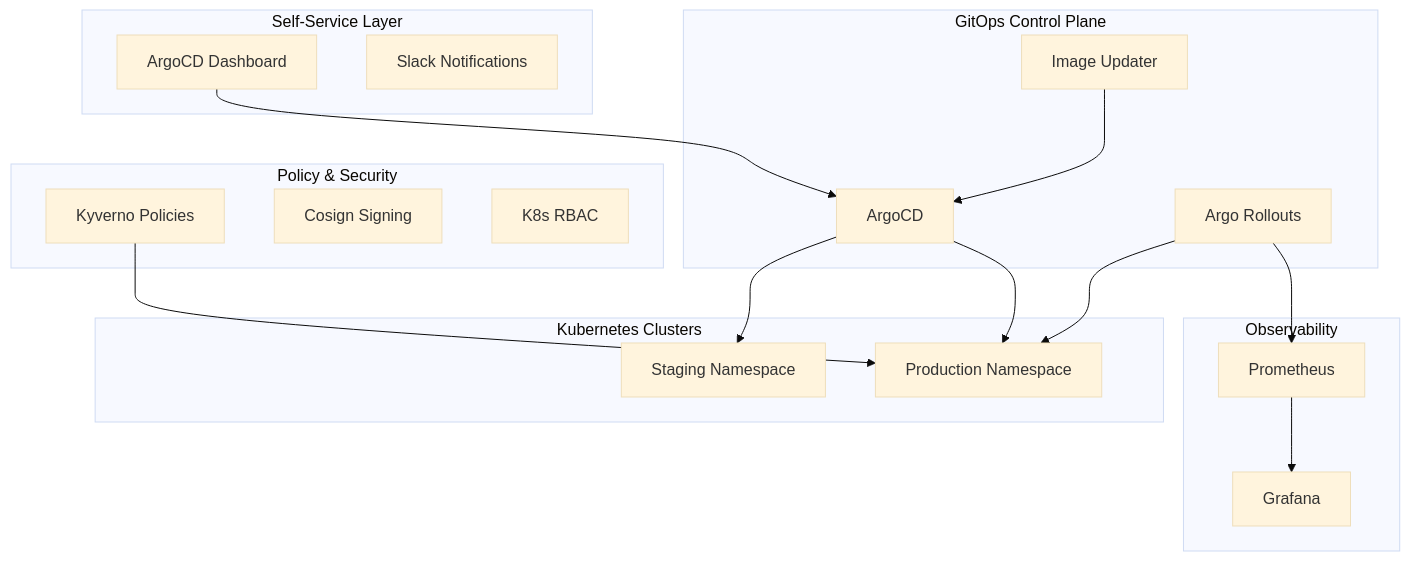
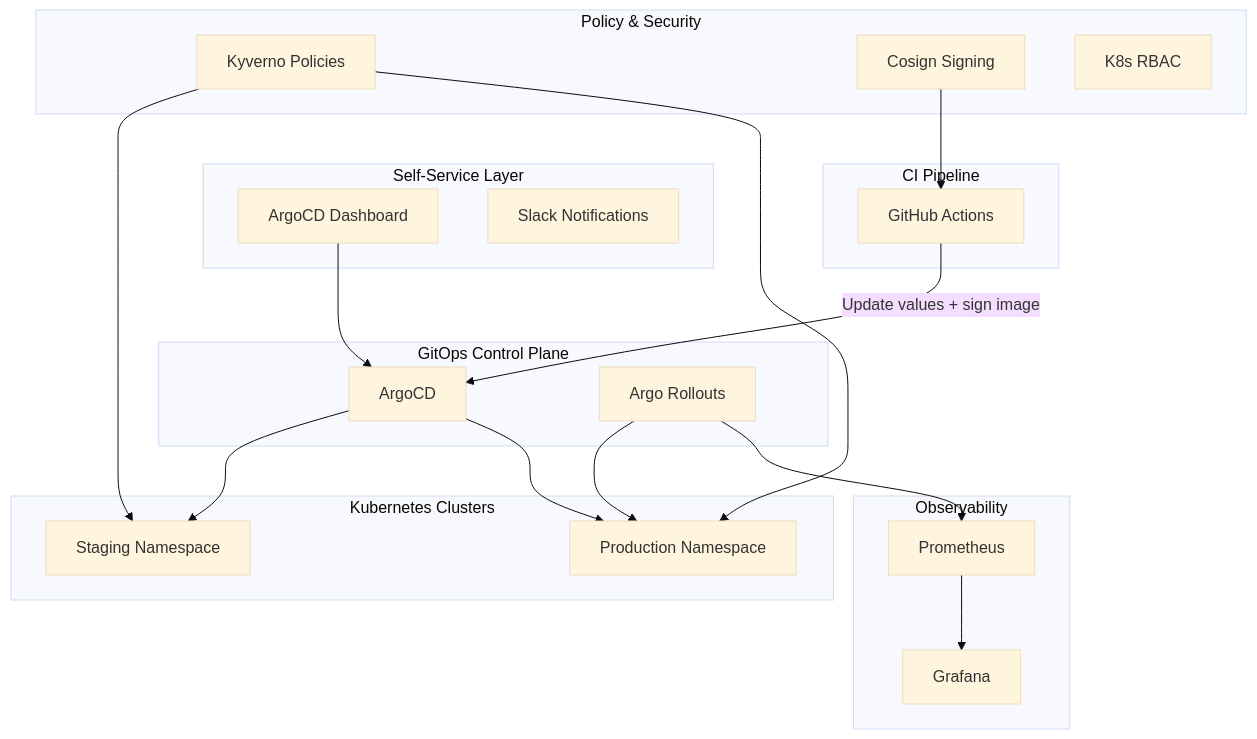
Before and after one commit to pegdwende1/platform-assessment-submission: the second of 3 diagrams in platform-proposal/PROPOSAL.md, drawn with Mermaid (base theme).

Commit message:
fix: update architecture diagram to reflect actual implementation - Replace Image Updater with GitHub Actions (CI commits tags directly) - Add Kyverno policy enforcement to both staging and production - Show Cosign signing in CI pipeline

````diff
--- a/platform-proposal/PROPOSAL.md
+++ b/platform-proposal/PROPOSAL.md
@@ -518,38 +518,43 @@
 ```mermaid
 graph TB
     subgraph "Self-Service Layer"
         UI[ArgoCD Dashboard]
         Chat[Slack Notifications]
     end
 
+    subgraph "CI Pipeline"
+        GHA[GitHub Actions]
+    end
+
     subgraph "GitOps Control Plane"
         ArgoCD[ArgoCD]
         ArgoRollouts[Argo Rollouts]
-        ImageUpdater[Image Updater]
     end
 
     subgraph "Policy & Security"
         Kyverno[Kyverno Policies]
         Cosign[Cosign Signing]
         RBAC[K8s RBAC]
     end
 
     subgraph "Kubernetes Clusters"
         StagingNS[Staging Namespace]
         ProdNS[Production Namespace]
     end
 
     subgraph "Observability"
         Prometheus[Prometheus]
         Grafana[Grafana]
     end
 
+    GHA -->|Update values + sign image| ArgoCD
     UI --> ArgoCD
     ArgoCD --> StagingNS
     ArgoCD --> ProdNS
     ArgoRollouts --> ProdNS
     ArgoRollouts --> Prometheus
     Prometheus --> Grafana
+    Kyverno --> StagingNS
     Kyverno --> ProdNS
-    ImageUpdater --> ArgoCD
+    Cosign --> GHA
 ```
````
